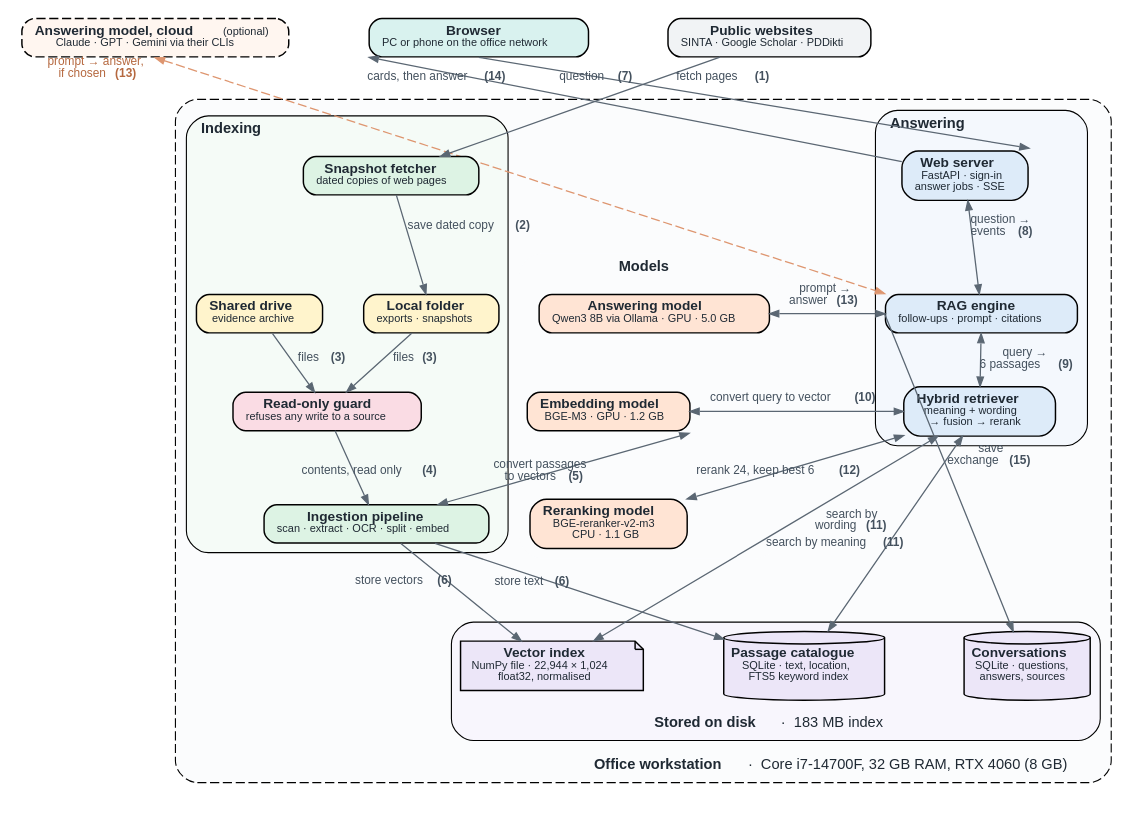
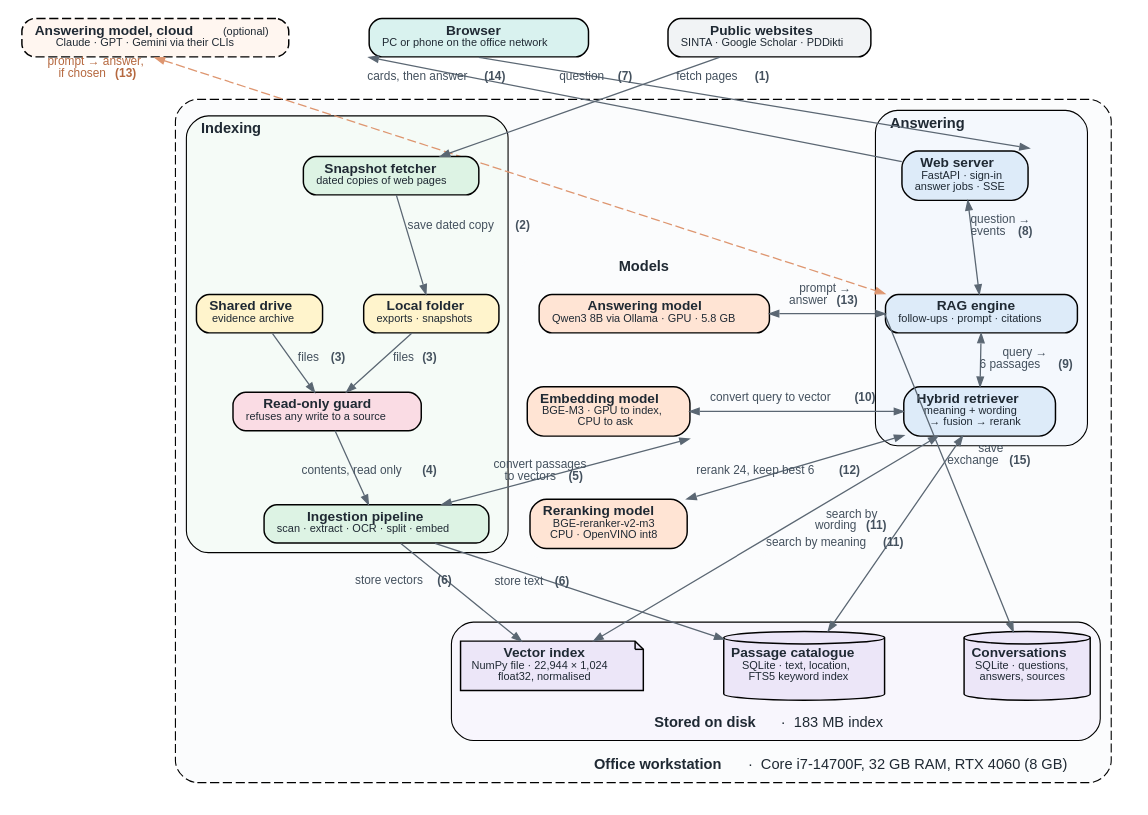
One commit to alfa-yohannis/akreditasi changed the diagram in publications/paper/diagrams/architecture.dot. Above: the diagram before and after it, drawn with Graphviz. The commit also changed 9 other files, not shown here.

First line of the commit message:
Paper: add methodology, evaluation and result charts (draft)

```diff
--- a/publications/paper/diagrams/architecture.dot
+++ b/publications/paper/diagrams/architecture.dot
@@ -1,132 +1,132 @@
 // Fig. 1 — system architecture. Rendered by render_diagrams.py.
 //
 // Pastel palette, one hue per role (fill / outline):
 //   clients     mint      #D9F2EF / #5AAFA6
 //   serving     blue      #DDEBF9 / #6A98CC
 //   models      peach     #FFE4D4 / #DE9670
 //   stores      lavender  #ECE6F8 / #9580C8
 //   indexing    green     #DDF3E4 / #6BAF84
 //   safety      rose      #FADCE4 / #D07D96
 //   sources     yellow    #FFF4CC / #D4B24C
 //   external    grey      #F1F3F5 / #9AA5B1
 digraph architecture {
   graph [rankdir=TB, newrank=true, fontname="Helvetica", fontsize=8, fontcolor="#1F2933",
          nodesep=0.30, ranksep=0.14, forcelabels=true, pad="0.06,0.03", splines=line, bgcolor="white"];
   node  [shape=box, style="rounded,filled", fontname="Helvetica", fontsize=7.5,
          fontcolor="#1F2933", penwidth=0.8, margin="0.10,0.055", height=0.26];
   edge  [color="#5B6773", penwidth=0.7, arrowsize=0.5, fontname="Helvetica",
          fontsize=6.5, fontcolor="#44515E"];
 
   // ---- outside the workstation ------------------------------------------
   browser [fillcolor="#D9F2EF", color="black",
            label=<<B>Browser</B><BR/><FONT POINT-SIZE="6.5">PC or phone on the office network</FONT>>];
   cloud   [fillcolor="#FFF6F0", color="black", style="rounded,filled,dashed",
            label=<<B>Answering model, cloud</B> <FONT POINT-SIZE="6.5">(optional)</FONT><BR/><FONT POINT-SIZE="6.5">Claude · GPT · Gemini via their CLIs</FONT>>];
   websites [fillcolor="#F1F3F5", color="black",
            label=<<B>Public websites</B><BR/><FONT POINT-SIZE="6.5">SINTA · Google Scholar · PDDikti</FONT>>];
 
   subgraph cluster_workstation {
     label=<<B>Office workstation</B>  ·  Core i7-14700F, 32 GB RAM, RTX 4060 (8 GB)>;
     labeljust=r; labelloc=b; style="rounded,dashed"; color="black"; penwidth=0.6; bgcolor="#FBFCFD"; margin=6;
 
     subgraph cluster_answer {
       label=<<B>Answering</B>>; labeljust=l; labelloc=t;
       style="rounded"; color="black"; penwidth=0.6; bgcolor="#F4F8FD"; margin=5;
       server    [fillcolor="#DDEBF9", color="black",
                  label=<<B>Web server</B><BR/><FONT POINT-SIZE="6.5">FastAPI · sign-in<BR/>answer jobs · SSE</FONT>>];
       rag       [fillcolor="#DDEBF9", color="black",
                  label=<<B>RAG engine</B><BR/><FONT POINT-SIZE="6.5">follow-ups · prompt · citations</FONT>>];
       retriever [fillcolor="#DDEBF9", color="black",
                  label=<<B>Hybrid retriever</B><BR/><FONT POINT-SIZE="6.5">meaning + wording<BR/>→ fusion → rerank</FONT>>];
     }
 
     subgraph cluster_models {
       label=<<B>Models</B>>; labeljust=c; labelloc=t;
       // no frame: edge labels cross into this column, and the peach fills
       // already group the models
       peripheries=0; margin=5;
       llm      [fillcolor="#FFE4D4", color="black",
-                label=<<B>Answering model</B><BR/><FONT POINT-SIZE="6.5">Qwen3 8B via Ollama · GPU · 5.0 GB</FONT>>];
+                label=<<B>Answering model</B><BR/><FONT POINT-SIZE="6.5">Qwen3 8B via Ollama · GPU · 5.8 GB</FONT>>];
       embedder [fillcolor="#FFE4D4", color="black",
-                label=<<B>Embedding model</B><BR/><FONT POINT-SIZE="6.5">BGE-M3 · GPU · 1.2 GB</FONT>>];
+                label=<<B>Embedding model</B><BR/><FONT POINT-SIZE="6.5">BGE-M3 · GPU to index,<BR/>CPU to ask</FONT>>];
       reranker [fillcolor="#FFE4D4", color="black",
-                label=<<B>Reranking model</B><BR/><FONT POINT-SIZE="6.5">BGE-reranker-v2-m3<BR/>CPU · 1.1 GB</FONT>>];
+                label=<<B>Reranking model</B><BR/><FONT POINT-SIZE="6.5">BGE-reranker-v2-m3<BR/>CPU · OpenVINO int8</FONT>>];
     }
 
     subgraph cluster_index {
       label=<<B>Indexing</B>>; labeljust=l; labelloc=t;
       style="rounded"; color="black"; penwidth=0.6; bgcolor="#F5FBF7"; margin=5;
       snapshot [fillcolor="#DDF3E4", color="black",
                 label=<<B>Snapshot fetcher</B><BR/><FONT POINT-SIZE="6.5">dated copies of web pages</FONT>>];
       localdir [fillcolor="#FFF4CC", color="black",
                 label=<<B>Local folder</B><BR/><FONT POINT-SIZE="6.5">exports · snapshots</FONT>>];
       drive    [fillcolor="#FFF4CC", color="black",
                 label=<<B>Shared drive</B><BR/><FONT POINT-SIZE="6.5">evidence archive</FONT>>];
       guard    [fillcolor="#FADCE4", color="black",
                 label=<<B>Read-only guard</B><BR/><FONT POINT-SIZE="6.5">refuses any write to a source</FONT>>];
       ingest   [fillcolor="#DDF3E4", color="black",
                 label=<<B>Ingestion pipeline</B><BR/><FONT POINT-SIZE="6.5">scan · extract · OCR · split · embed</FONT>>];
     }
 
     subgraph cluster_stores {
       label=<<B>Stored on disk</B>  ·  183 MB index>; labeljust=c; labelloc=b;
       style="rounded"; color="black"; penwidth=0.6; bgcolor="#F8F6FD"; margin=5;
       conversations [shape=cylinder, style="filled", fillcolor="#ECE6F8", color="black", margin="0.06,0.05",
                      label=<<B>Conversations</B><BR/><FONT POINT-SIZE="6.5">SQLite · questions,<BR/>answers, sources</FONT>>];
       // two separate stores, joined only by the passage id
       catalogue [shape=cylinder, style="filled", fillcolor="#ECE6F8", color="black", margin="0.06,0.05",
                  label=<<B>Passage catalogue</B><BR/><FONT POINT-SIZE="6.5">SQLite · text, location,<BR/>FTS5 keyword index</FONT>>];
       // a plain array file, not a database: drawn as a file, not a cylinder
       vectors   [shape=note, style="filled", fillcolor="#ECE6F8", color="black", margin="0.08,0.05",
                  label=<<B>Vector index</B><BR/><FONT POINT-SIZE="6.5">NumPy file · 22,944 × 1,024<BR/>float32, normalised</FONT>>];
     }
   }
 
   // ---- rows ---------------------------------------------------------------
   { rank=same; browser; cloud; websites; }
   { rank=same; server; snapshot; }
   { rank=same; rag; llm; localdir; drive; }
   { rank=same; retriever; embedder; guard; }
   { rank=same; reranker; ingest; }
   { rank=same; conversations; catalogue; vectors; }
 
   // Every edge says what it does or what flows along it, and ends with its
   // step number: (1)-(6) build the index in advance, (7)-(15) answer a question.
   // Two-headed edges are calls that return a result, labelled input → output.
 
   // ---- answering path -----------------------------------------------------
   browser:s -> server:ne [label=< question <B>(7)</B>>];
   server -> browser:sw [constraint=false, class="mid left at78", label=<cards, then answer <B>(14)</B>>];
   server -> rag [dir=both, label=< question →<BR/> events <B>(8)</B>>];
   rag -> retriever [dir=both, class="mid west", label=< query →<BR/> 6 passages <B>(9)</B>>];
   // class "mid": label centred on the line (see render_diagrams.py)
   rag -> llm [dir=both, class="mid north at57", label=<prompt →<BR/>answer <B>(13)</B>>];
   cloud:s -> rag:nw [dir=both, style=dashed, color="#DE9670", fontcolor="#B5683F",
                      class="mid left at10", taillabel=<prompt → answer,<BR/>if chosen <B>(13)</B>>];
   retriever -> embedder [dir=both, class="mid above at55", label=<convert query to vector <B>(10)</B>>];
   retriever -> reranker [dir=both, class="mid north at60", label=<rerank 24, keep best 6 <B>(12)</B>>];
   retriever -> catalogue [dir=both, class="mid left at50", xlabel=<search by<BR/>wording <B>(11)</B>>];
   retriever -> vectors [dir=both, class="mid right at65", xlabel=<search by meaning <B>(11)</B>>];
   rag:w -> conversations [class="mid east at58", xlabel=<save<BR/>exchange <B>(15)</B>>];
 
   // ---- indexing path ------------------------------------------------------
   websites -> snapshot [label=< fetch pages <B>(1)</B>>];
   snapshot -> localdir [label=< save dated copy <B>(2)</B>>];
   drive -> guard [label=< files <B>(3)</B>>];
   localdir -> guard [label=<files <B>(3)</B> >];
   guard -> ingest [label=< contents, read only <B>(4)</B>>];
   embedder:se -> ingest [dir=both, class="mid north at78", label=<convert passages<BR/>to vectors <B>(5)</B>>];
   ingest -> catalogue [minlen=2, class="mid below at25", xlabel=<store text <B>(6)</B>>];
   ingest -> vectors [minlen=2, class="mid right at45", xlabel=<store vectors <B>(6)</B>>];
 
   // keep the three columns in order: answering | models | indexing
   rag -> llm [style=invis, weight=5];
   embedder -> guard [style=invis];
   cloud -> browser [style=invis];
   browser -> websites [style=invis];
   // stores left to right: conversations | catalogue | vectors
   conversations -> catalogue -> vectors [style=invis];
   // the reranking model sits under the embedding model, clear of the line to the vector file
   embedder -> reranker [style=invis, weight=10];
 
 }
```
